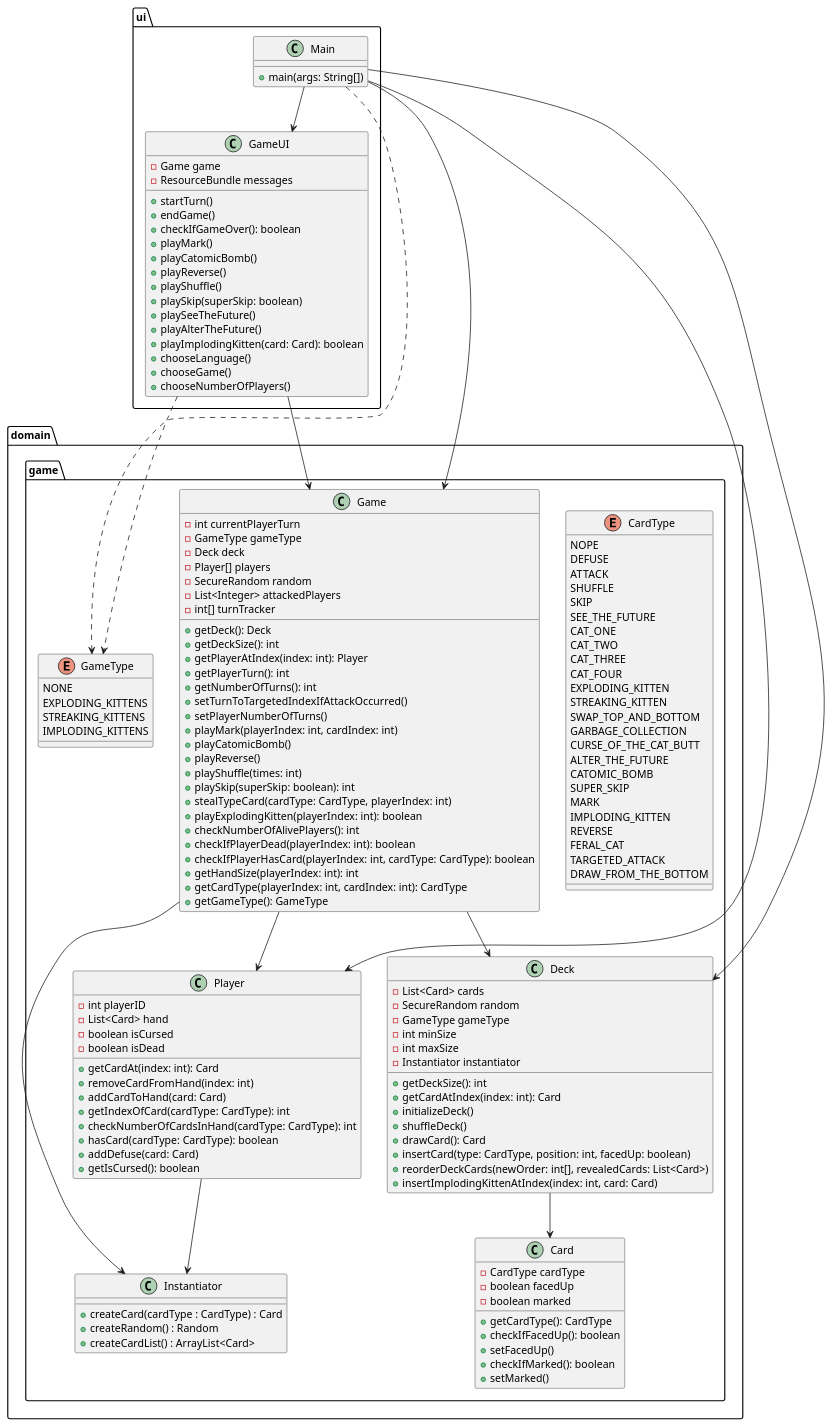
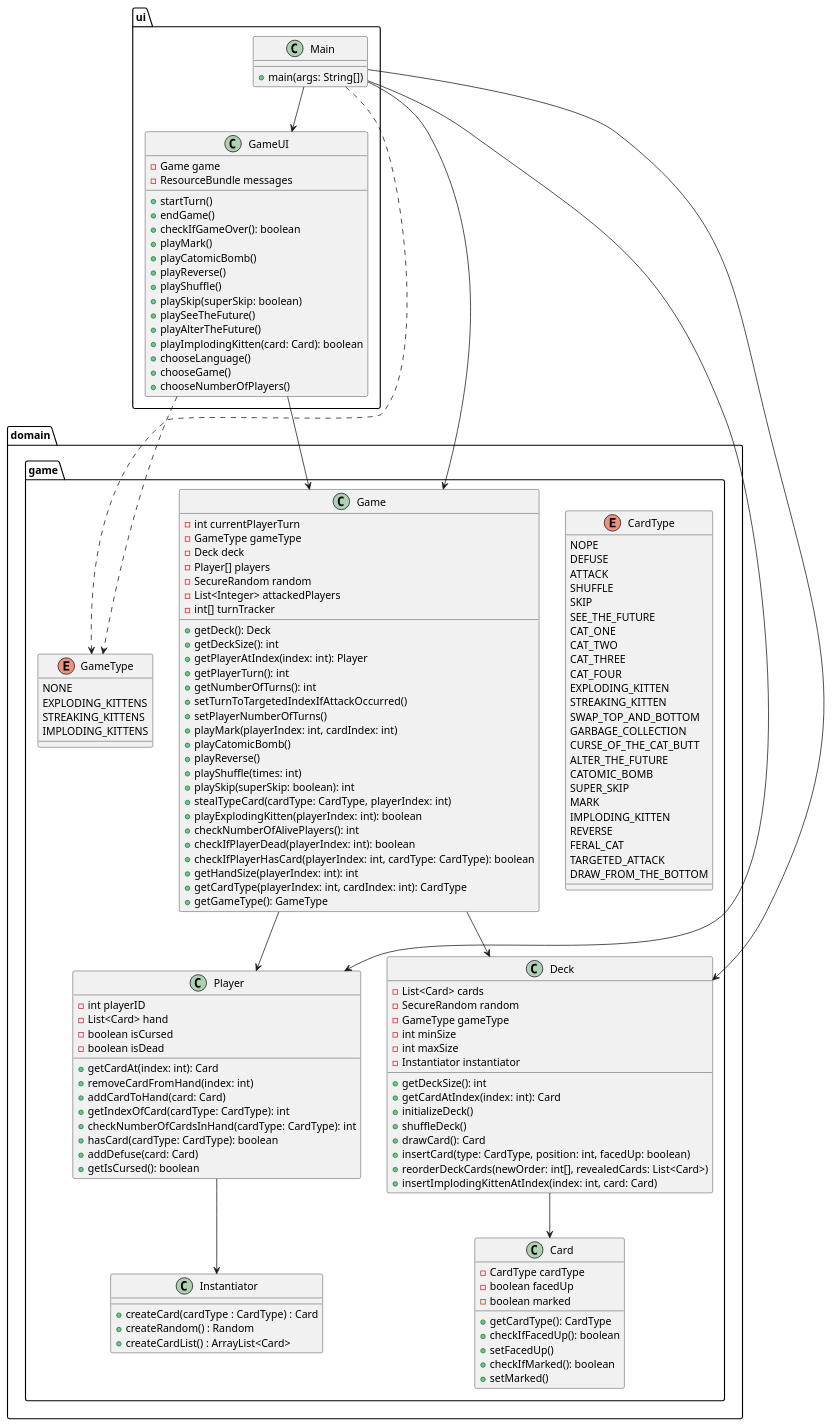
One commit to nu-cs-sw-design/project-20252601-tk changed the diagram in project-refactor-kitten-codebase-20252601-trentonki-main/docs/design/given.puml. Above: the diagram before and after it, drawn with PlantUML. The commit also changed 1 other file, not shown here.

```diff
--- a/project-refactor-kitten-codebase-20252601-trentonki-main/docs/design/given.puml
+++ b/project-refactor-kitten-codebase-20252601-trentonki-main/docs/design/given.puml
@@ -1,155 +1,154 @@
 @startuml
 package ui {
     class Main {
         + main(args: String[])
     }
 
     class GameUI {
         - Game game
         - ResourceBundle messages
         + startTurn()
         + endGame()
         + checkIfGameOver(): boolean
         + playMark()
         + playCatomicBomb()
         + playReverse()
         + playShuffle()
         + playSkip(superSkip: boolean)
         + playSeeTheFuture()
         + playAlterTheFuture()
         + playImplodingKitten(card: Card): boolean
         + chooseLanguage()
         + chooseGame()
         + chooseNumberOfPlayers()
     }
 }
 
 package domain.game {
     enum CardType {
         NOPE
         DEFUSE
         ATTACK
         SHUFFLE
         SKIP
         SEE_THE_FUTURE
         CAT_ONE
         CAT_TWO
         CAT_THREE
         CAT_FOUR
         EXPLODING_KITTEN
         STREAKING_KITTEN
         SWAP_TOP_AND_BOTTOM
         GARBAGE_COLLECTION
         CURSE_OF_THE_CAT_BUTT
         ALTER_THE_FUTURE
         CATOMIC_BOMB
         SUPER_SKIP
         MARK
         IMPLODING_KITTEN
         REVERSE
         FERAL_CAT
         TARGETED_ATTACK
         DRAW_FROM_THE_BOTTOM
     }
 
     enum GameType {
         NONE
         EXPLODING_KITTENS
         STREAKING_KITTENS
         IMPLODING_KITTENS
     }
 
     class Card {
         - CardType cardType
         - boolean facedUp
         - boolean marked
         + getCardType(): CardType
         + checkIfFacedUp(): boolean
         + setFacedUp()
         + checkIfMarked(): boolean
         + setMarked()
     }
 
     class Player {
         - int playerID
         - List<Card> hand
         - boolean isCursed
         - boolean isDead
         + getCardAt(index: int): Card
         + removeCardFromHand(index: int)
         + addCardToHand(card: Card)
         + getIndexOfCard(cardType: CardType): int
         + checkNumberOfCardsInHand(cardType: CardType): int
         + hasCard(cardType: CardType): boolean
         + addDefuse(card: Card)
         + getIsCursed(): boolean
     }
 
     class Deck {
         - List<Card> cards
         - SecureRandom random
         - GameType gameType
         - int minSize
         - int maxSize
         - Instantiator instantiator
         + getDeckSize(): int
         + getCardAtIndex(index: int): Card
         + initializeDeck()
         + shuffleDeck()
         + drawCard(): Card
         + insertCard(type: CardType, position: int, facedUp: boolean)
         + reorderDeckCards(newOrder: int[], revealedCards: List<Card>)
         + insertImplodingKittenAtIndex(index: int, card: Card)
     }
 
     class Game {
         - int currentPlayerTurn
         - GameType gameType
         - Deck deck
         - Player[] players
         - SecureRandom random
         - List<Integer> attackedPlayers
         - int[] turnTracker
         + getDeck(): Deck
         + getDeckSize(): int
         + getPlayerAtIndex(index: int): Player
         + getPlayerTurn(): int
         + getNumberOfTurns(): int
         + setTurnToTargetedIndexIfAttackOccurred()
         + setPlayerNumberOfTurns()
         + playMark(playerIndex: int, cardIndex: int)
         + playCatomicBomb()
         + playReverse()
         + playShuffle(times: int)
         + playSkip(superSkip: boolean): int
         + stealTypeCard(cardType: CardType, playerIndex: int)
         + playExplodingKitten(playerIndex: int): boolean
         + checkNumberOfAlivePlayers(): int
         + checkIfPlayerDead(playerIndex: int): boolean
         + checkIfPlayerHasCard(playerIndex: int, cardType: CardType): boolean
         + getHandSize(playerIndex: int): int
         + getCardType(playerIndex: int, cardIndex: int): CardType
         + getGameType(): GameType
     }
 
     class Instantiator {
         + createCard(cardType : CardType) : Card
         + createRandom() : Random
         + createCardList() : ArrayList<Card>
     }
 }
 
 ' Relationships
 ui.Main --> ui.GameUI
 ui.Main --> domain.game.Game
 ui.Main --> domain.game.Deck
 ui.Main --> domain.game.Player
 ui.Main ..> domain.game.GameType
 ui.GameUI --> domain.game.Game
 ui.GameUI ..> domain.game.GameType
 domain.game.Game --> domain.game.Player
 domain.game.Game --> domain.game.Deck
 domain.game.Deck --> domain.game.Card
-domain.game.Game --> domain.game.Instantiator
 domain.game.Player --> domain.game.Instantiator
 @enduml
```
